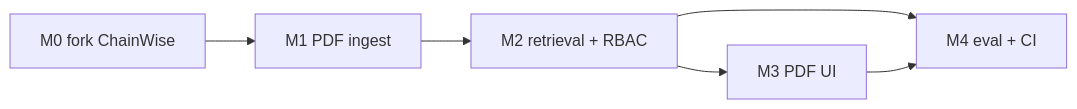
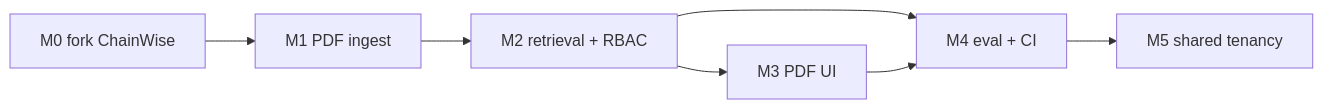
The diagram in docs/milestones.md (vladweat/docwise), drawn with Mermaid before and after one commit. The commit also changed other lines of this file and 16 other files, not shown here.

````diff
--- a/docs/milestones.md
+++ b/docs/milestones.md
@@ -15,8 +16,9 @@
 ```mermaid
 flowchart LR
   M0[M0 fork ChainWise] --> M1[M1 PDF ingest]
   M1 --> M2[M2 retrieval + RBAC]
   M2 --> M3[M3 PDF UI]
   M2 --> M4[M4 eval + CI]
   M3 --> M4
+  M4 --> M5[M5 shared tenancy]
 ```
````
